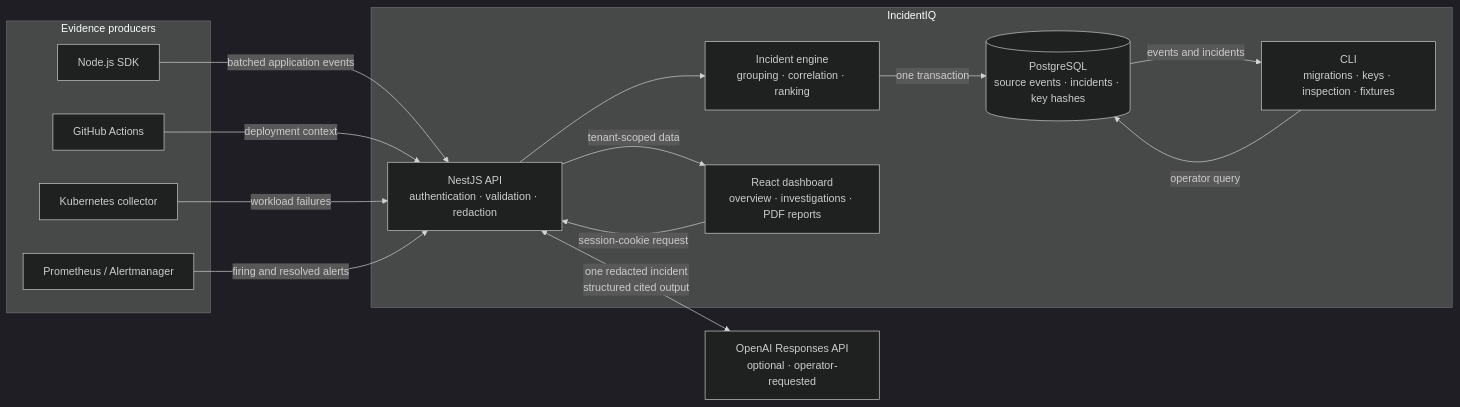
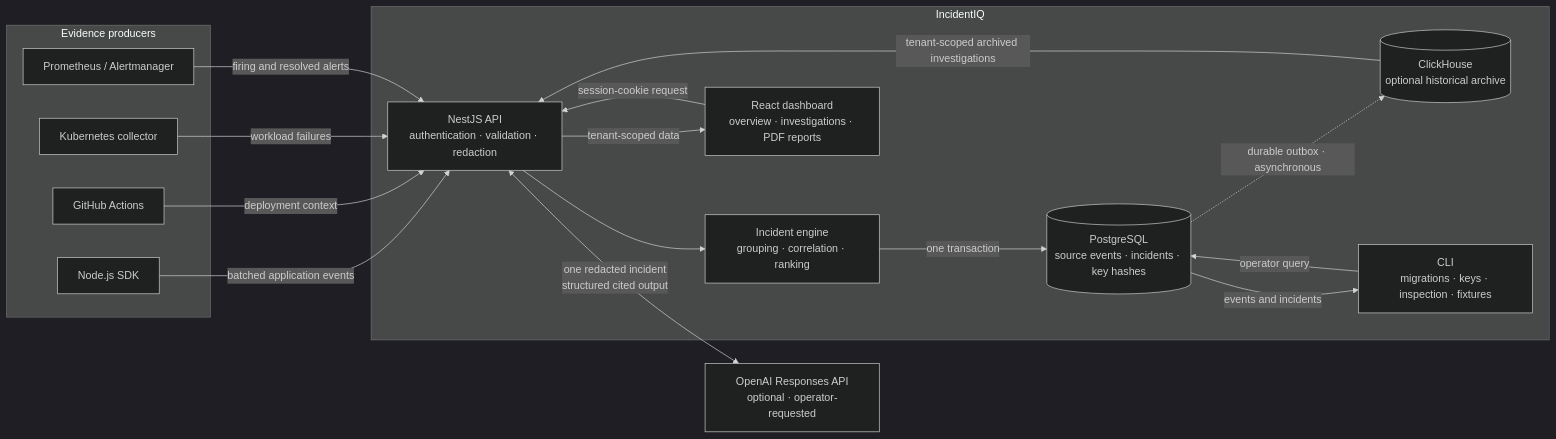
One commit to Shreyanshi200/IncidentIQ changed the diagram in docs/architecture.md. Above: the diagram before and after it, drawn with Mermaid (dark theme). The commit also changed other lines of this file and 37 other files, not shown here.

````diff
--- a/docs/architecture.md
+++ b/docs/architecture.md
@@ -7,31 +7,34 @@
 ```mermaid
 flowchart LR
   subgraph Producers[Evidence producers]
     SDK[Node.js SDK]
     GHA[GitHub Actions]
     K8S[Kubernetes collector]
     AM[Prometheus / Alertmanager]
   end
 
   subgraph IncidentIQ[IncidentIQ]
     API[NestJS API<br/>authentication · validation · redaction]
     ENGINE[Incident engine<br/>grouping · correlation · ranking]
     DB[(PostgreSQL<br/>source events · incidents · key hashes)]
+    CH[(ClickHouse<br/>optional historical archive)]
     DASH[React dashboard<br/>overview · investigations · PDF reports]
     CLI[CLI<br/>migrations · keys · inspection · fixtures]
   end
 
   AI[OpenAI Responses API<br/>optional · operator-requested]
 
   SDK -->|batched application events| API
   GHA -->|deployment context| API
   K8S -->|workload failures| API
   AM -->|firing and resolved alerts| API
   API --> ENGINE
   ENGINE -->|one transaction| DB
+  DB -.->|durable outbox · asynchronous| CH
+  CH -->|tenant-scoped archived investigations| API
   DASH -->|session-cookie request| API
   API -->|tenant-scoped data| DASH
   API <-->|one redacted incident<br/>structured cited output| AI
   CLI -->|operator query| DB
   DB -->|events and incidents| CLI
 ```
````
